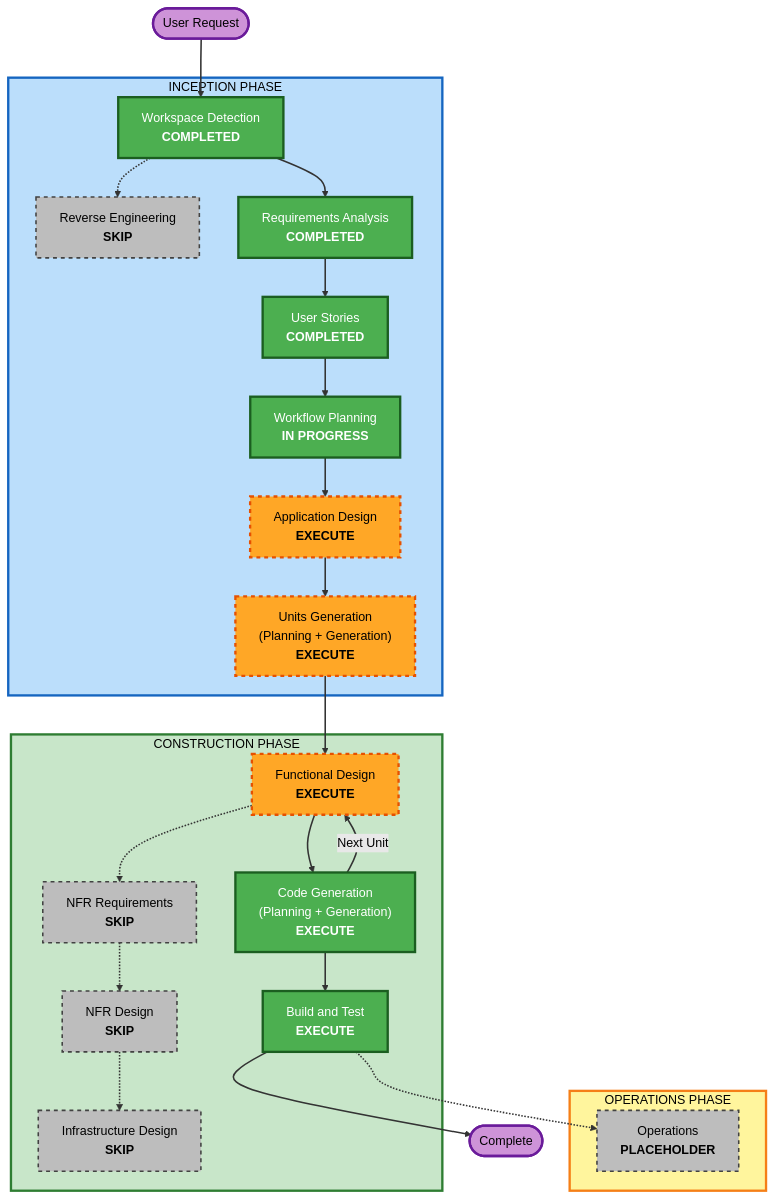
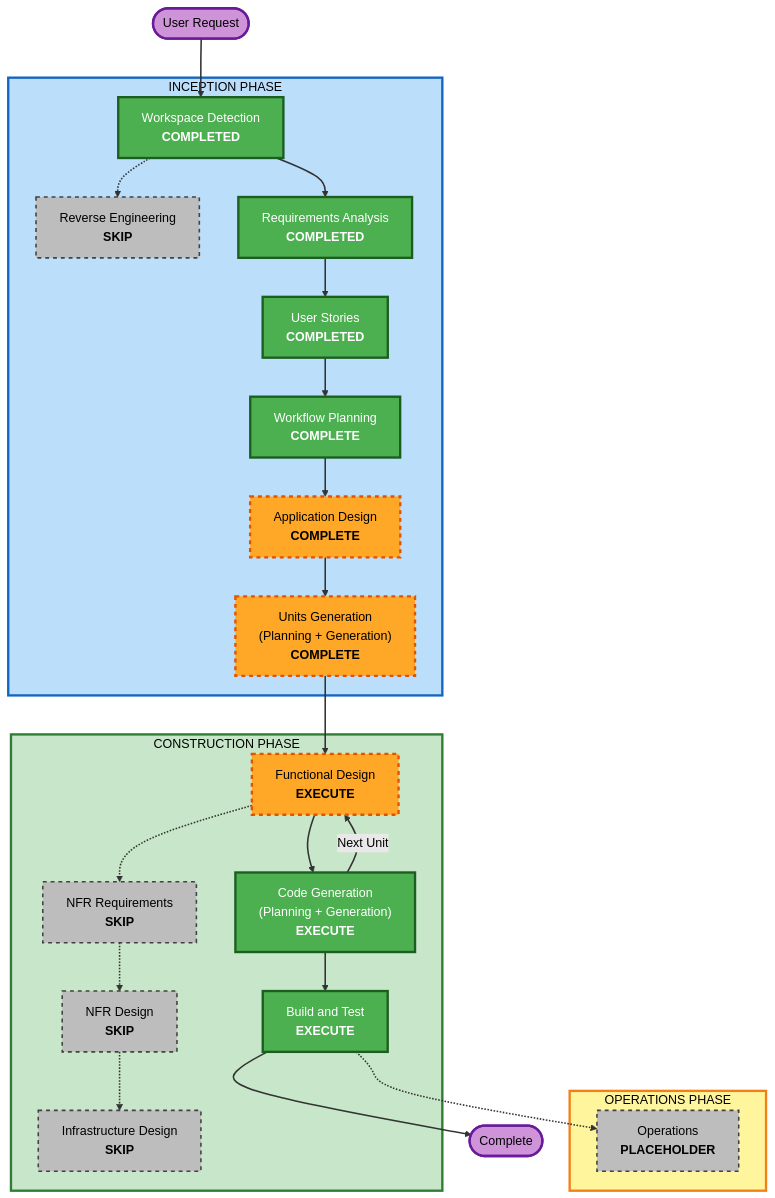
One commit to clarify239/INFO5940FinalProject changed the diagram in aidlc-docs/inception/plans/execution-plan.md. Above: the diagram before and after it, drawn with Mermaid (forest theme). The commit also changed other lines of this file and 44 other files, not shown here.

````diff
--- a/aidlc-docs/inception/plans/execution-plan.md
+++ b/aidlc-docs/inception/plans/execution-plan.md
@@ -35,66 +35,66 @@
 ```mermaid
 flowchart TD
     Start(["User Request"])
 
     subgraph INCEPTION["INCEPTION PHASE"]
         WD["Workspace Detection<br/><b>COMPLETED</b>"]
         RE["Reverse Engineering<br/><b>SKIP</b>"]
         RA["Requirements Analysis<br/><b>COMPLETED</b>"]
         US["User Stories<br/><b>COMPLETED</b>"]
-        WP["Workflow Planning<br/><b>IN PROGRESS</b>"]
-        AD["Application Design<br/><b>EXECUTE</b>"]
-        UG["Units Generation<br/>(Planning + Generation)<br/><b>EXECUTE</b>"]
+        WP["Workflow Planning<br/><b>COMPLETE</b>"]
+        AD["Application Design<br/><b>COMPLETE</b>"]
+        UG["Units Generation<br/>(Planning + Generation)<br/><b>COMPLETE</b>"]
     end
 
     subgraph CONSTRUCTION["CONSTRUCTION PHASE"]
         FD["Functional Design<br/><b>EXECUTE</b>"]
         NFRA["NFR Requirements<br/><b>SKIP</b>"]
         NFRD["NFR Design<br/><b>SKIP</b>"]
         ID["Infrastructure Design<br/><b>SKIP</b>"]
         CG["Code Generation<br/>(Planning + Generation)<br/><b>EXECUTE</b>"]
         BT["Build and Test<br/><b>EXECUTE</b>"]
     end
 
     subgraph OPERATIONS["OPERATIONS PHASE"]
         OPS["Operations<br/><b>PLACEHOLDER</b>"]
     end
 
     Start --> WD
     WD -.-> RE
     WD --> RA
     RA --> US
     US --> WP
     WP --> AD
     AD --> UG
     UG --> FD
     FD -.-> NFRA
     NFRA -.-> NFRD
     NFRD -.-> ID
     FD --> CG
     CG -->|Next Unit| FD
     CG --> BT
     BT -.-> OPS
     BT --> End(["Complete"])
 
     style WD fill:#4CAF50,stroke:#1B5E20,stroke-width:3px,color:#fff
     style RA fill:#4CAF50,stroke:#1B5E20,stroke-width:3px,color:#fff
     style US fill:#4CAF50,stroke:#1B5E20,stroke-width:3px,color:#fff
     style WP fill:#4CAF50,stroke:#1B5E20,stroke-width:3px,color:#fff
     style CG fill:#4CAF50,stroke:#1B5E20,stroke-width:3px,color:#fff
     style BT fill:#4CAF50,stroke:#1B5E20,stroke-width:3px,color:#fff
     style AD fill:#FFA726,stroke:#E65100,stroke-width:3px,stroke-dasharray: 5 5,color:#000
     style UG fill:#FFA726,stroke:#E65100,stroke-width:3px,stroke-dasharray: 5 5,color:#000
     style FD fill:#FFA726,stroke:#E65100,stroke-width:3px,stroke-dasharray: 5 5,color:#000
     style RE fill:#BDBDBD,stroke:#424242,stroke-width:2px,stroke-dasharray: 5 5,color:#000
     style NFRA fill:#BDBDBD,stroke:#424242,stroke-width:2px,stroke-dasharray: 5 5,color:#000
     style NFRD fill:#BDBDBD,stroke:#424242,stroke-width:2px,stroke-dasharray: 5 5,color:#000
     style ID fill:#BDBDBD,stroke:#424242,stroke-width:2px,stroke-dasharray: 5 5,color:#000
     style OPS fill:#BDBDBD,stroke:#424242,stroke-width:2px,stroke-dasharray: 5 5,color:#000
     style INCEPTION fill:#BBDEFB,stroke:#1565C0,stroke-width:3px,color:#000
     style CONSTRUCTION fill:#C8E6C9,stroke:#2E7D32,stroke-width:3px,color:#000
     style OPERATIONS fill:#FFF59D,stroke:#F57F17,stroke-width:3px,color:#000
     style Start fill:#CE93D8,stroke:#6A1B9A,stroke-width:3px,color:#000
     style End fill:#CE93D8,stroke:#6A1B9A,stroke-width:3px,color:#000
 
     linkStyle default stroke:#333,stroke-width:2px
 ```
````
